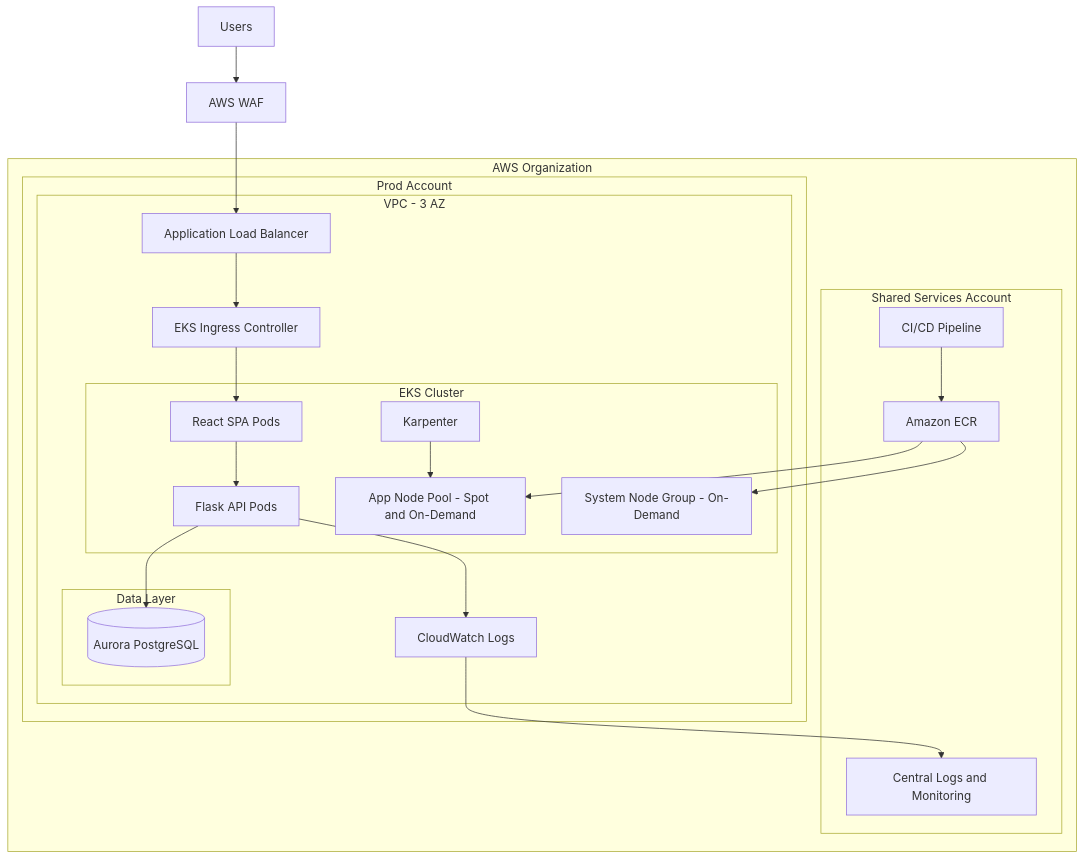
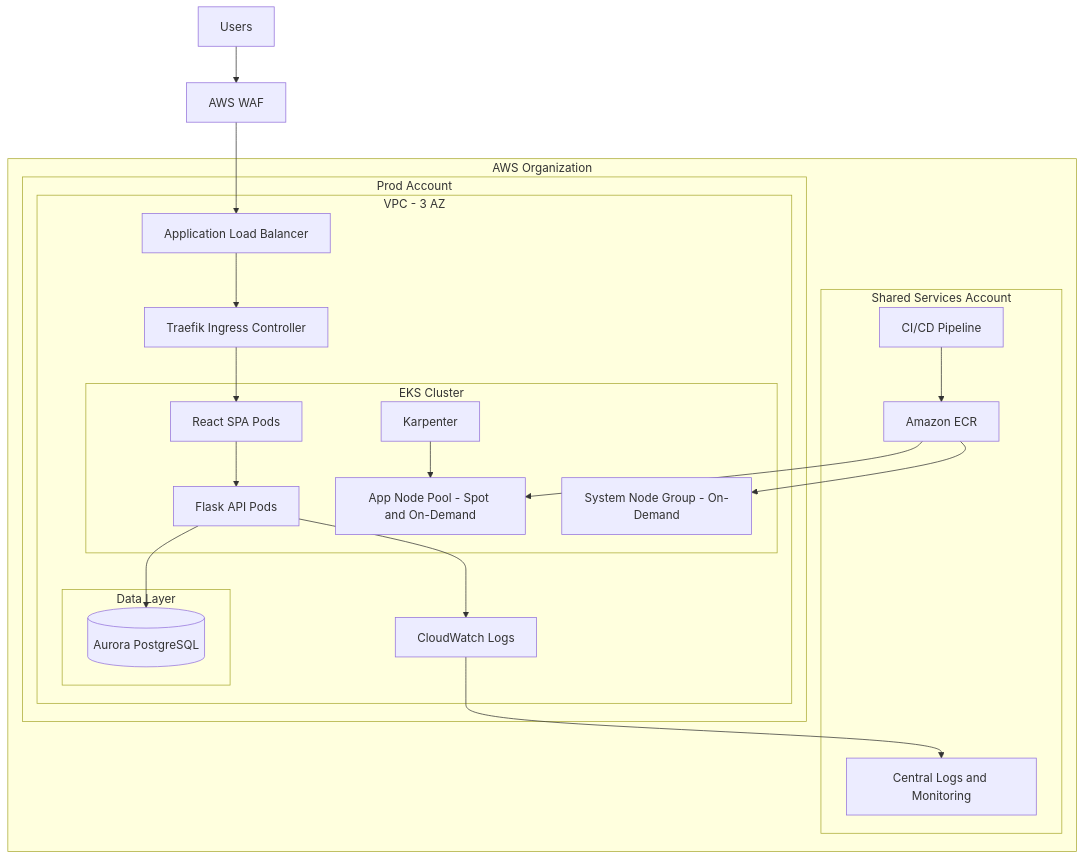
One commit to gezim-tech/opsfleet changed the diagram in architecture/diagrams/high-level-architecture.mmd. Above: the diagram before and after it, drawn with Mermaid. The commit also changed other lines of this file and 1 other file, not shown here.

Commit message:
fix: fix wording for ingress controller

```diff
--- a/architecture/diagrams/high-level-architecture.mmd
+++ b/architecture/diagrams/high-level-architecture.mmd
@@ -1,40 +1,40 @@
 flowchart TB
   U[Users] --> WAF[AWS WAF]
   WAF --> ALB[Application Load Balancer]
 
   subgraph ORG[AWS Organization]
     subgraph SHARED[Shared Services Account]
       CI[CI/CD Pipeline] --> ECR[Amazon ECR]
       LOGS[Central Logs and Monitoring]
     end
 
     subgraph PROD[Prod Account]
       subgraph VPC[VPC - 3 AZ]
-        ALB --> ING[EKS Ingress Controller]
+        ALB --> ING[Traefik Ingress Controller]
 
         subgraph EKS[EKS Cluster]
           FE[React SPA Pods]
           API[Flask API Pods]
           KARP[Karpenter]
           APPN[App Node Pool - Spot and On-Demand]
           SYS[System Node Group - On-Demand]
         end
 
         subgraph DATA[Data  Layer]
           DB[(Aurora PostgreSQL)]
         end
 
         CWL[CloudWatch Logs]
 
         ING --> FE
         FE --> API
         API --> DB
         API --> CWL
         KARP --> APPN
       end
     end
 
     ECR --> APPN
     ECR --> SYS
     CWL --> LOGS
   end
```
